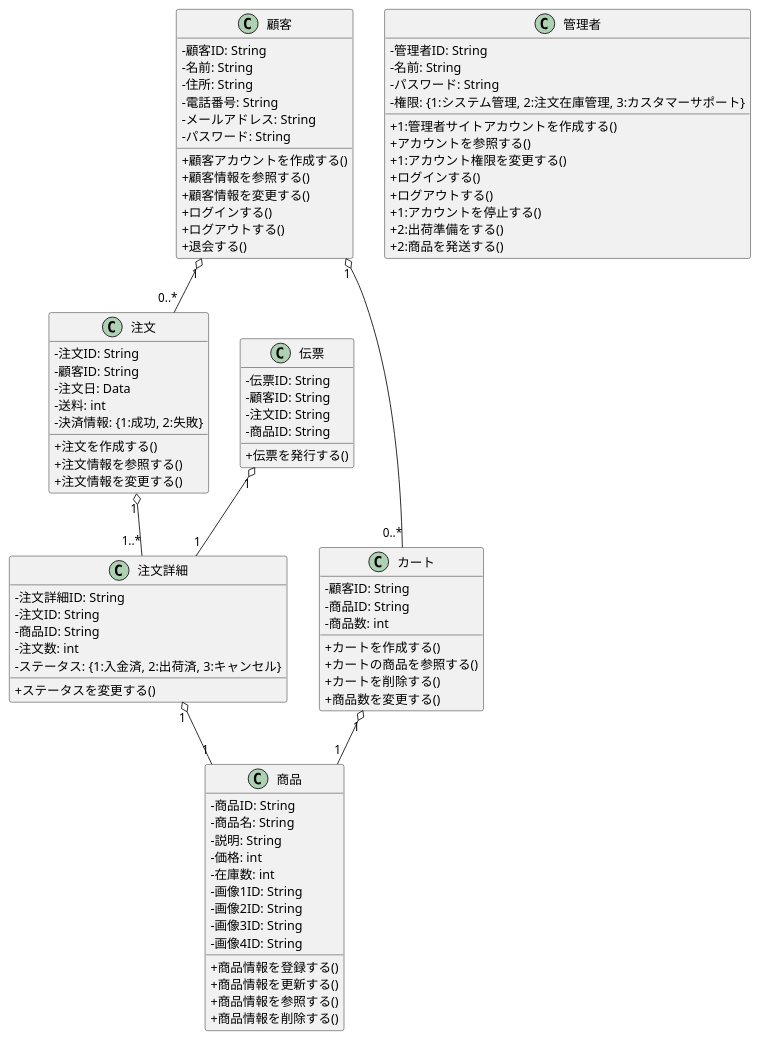
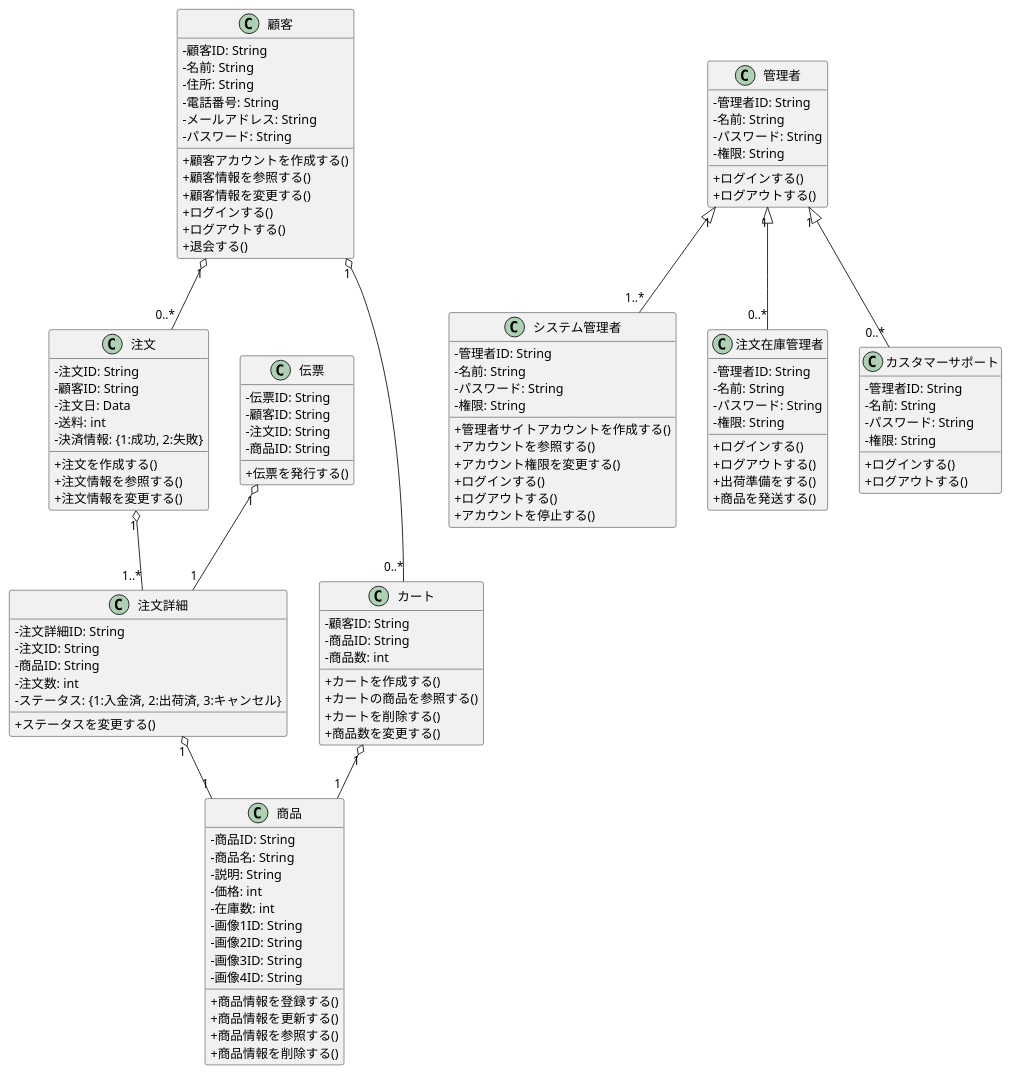
The diagram in BB/class.pu (FujikawaHirono0520/group3_1_dogdog), drawn with PlantUML before and after one commit.

Commit message:
【変更】管理者クラスの分割、継承関係の追記

```diff
--- a/BB/class.pu
+++ b/BB/class.pu
@@ -1,108 +1,144 @@
 @startuml .
 skinparam classAttributeIconSize 0
 
 class 顧客{
     - 顧客ID: String
     - 名前: String
     - 住所: String
     - 電話番号: String
     - メールアドレス: String
     - パスワード: String
 
     + 顧客アカウントを作成する()
     + 顧客情報を参照する()
     + 顧客情報を変更する()
     + ログインする()
     + ログアウトする()
     + 退会する()
 }
 
 class 管理者 {
     - 管理者ID: String
     - 名前: String
     - パスワード: String
-    - 権限: {1:システム管理, 2:注文在庫管理, 3:カスタマーサポート}
+    - 権限: String
 
-    + 1:管理者サイトアカウントを作成する()
-    + アカウントを参照する()
-    + 1:アカウント権限を変更する()
     + ログインする()
     + ログアウトする()
-    + 1:アカウントを停止する()
-    + 2:出荷準備をする()
-    + 2:商品を発送する()
+}
+
+class システム管理者 {
+    - 管理者ID: String
+    - 名前: String
+    - パスワード: String
+    - 権限: String
+
+    + 管理者サイトアカウントを作成する()
+    + アカウントを参照する()
+    + アカウント権限を変更する()
+    + ログインする()
+    + ログアウトする()
+    + アカウントを停止する()
+}
+
+class 注文在庫管理者 {
+    - 管理者ID: String
+    - 名前: String
+    - パスワード: String
+    - 権限: String
+
+    + ログインする()
+    + ログアウトする()
+    + 出荷準備をする()
+    + 商品を発送する()
+}
+
+class カスタマーサポート {
+    - 管理者ID: String
+    - 名前: String
+    - パスワード: String
+    - 権限: String
+
+    + ログインする()
+    + ログアウトする()
 }
 
 class 注文 {
     - 注文ID: String
     - 顧客ID: String
     - 注文日: Data
     - 送料: int
     - 決済情報: {1:成功, 2:失敗}
 
     + 注文を作成する()
     + 注文情報を参照する()
     + 注文情報を変更する()
 }
 
 class 注文詳細 {
     - 注文詳細ID: String
     - 注文ID: String
     - 商品ID: String
     - 注文数: int
     - ステータス: {1:入金済, 2:出荷済, 3:キャンセル}
 
     + ステータスを変更する()
 }
 
 class 伝票 {
     - 伝票ID: String
     - 顧客ID: String
     - 注文ID: String
     - 商品ID: String
 
     + 伝票を発行する()
 }
 
 class カート {
     - 顧客ID: String
     - 商品ID: String
     - 商品数: int
 
     + カートを作成する()
     + カートの商品を参照する()
     + カートを削除する()
     + 商品数を変更する()
 }
 
 class 商品 {
     - 商品ID: String
     - 商品名: String
     - 説明: String
     - 価格: int
     - 在庫数: int
     - 画像1ID: String
     - 画像2ID: String
     - 画像3ID: String
     - 画像4ID: String
 
     + 商品情報を登録する()
     + 商品情報を更新する()
     + 商品情報を参照する()
     + 商品情報を削除する()
 }
 
 
 顧客 "1" o-- "0..*" カート
 
 カート "1" o-- "1" 商品
 
 顧客 "1" o-- "0..*" 注文
 
 注文 "1" o-- "1..*" 注文詳細
 
 注文詳細 "1" o-- "1" 商品
 
 伝票 "1" o-- "1" 注文詳細
 
+管理者 "1" <|-- "1..*" システム管理者
+
+管理者 "1" <|-- "0..*" 注文在庫管理者
+
+管理者 "1" <|-- "0..*" カスタマーサポート
+
 @enduml
```
